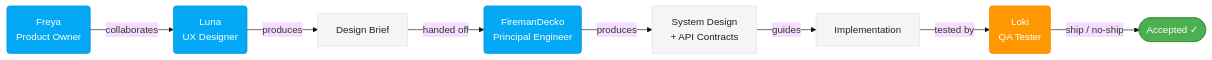
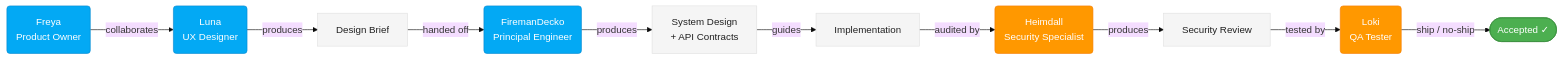
Before and after one commit to declanshanaghy/fenrir-ledger: the diagram in README.md, drawn with Mermaid (base theme). The commit also changed other lines of this file and 3 other files, not shown here.

First line of the commit message:
qa: validate security remediations — verdict FIX REQUIRED (DEF-SEC-001)

````diff
--- a/README.md
+++ b/README.md
@@ -79,37 +80,43 @@
 ```mermaid
 graph LR
     classDef primary fill:#03A9F4,stroke:#0288D1,color:#FFF
     classDef healthy fill:#4CAF50,stroke:#388E3C,color:#FFF
     classDef warning fill:#FF9800,stroke:#F57C00,color:#FFF
     classDef neutral fill:#F5F5F5,stroke:#E0E0E0,color:#212121
 
     %% Roles
     po(Freya<br/>Product Owner)
     ux(Luna<br/>UX Designer)
     eng(FiremanDecko<br/>Principal Engineer)
+    sec(Heimdall<br/>Security Specialist)
     qa(Loki<br/>QA Tester)
 
     %% Artifacts
     brief[Design Brief]
     sysdesign[System Design<br/>+ API Contracts]
     impl[Implementation]
+    review[Security Review]
     ship([Accepted ✓])
 
     %% Pipeline
     po -->|collaborates| ux
     ux -->|produces| brief
     brief -->|handed off| eng
     eng -->|produces| sysdesign
     sysdesign -->|guides| impl
-    impl -->|tested by| qa
+    impl -->|audited by| sec
+    sec -->|produces| review
+    review -->|tested by| qa
     qa -->|ship / no-ship| ship
 
     class po primary
     class ux primary
     class eng primary
+    class sec warning
     class qa warning
     class brief neutral
     class sysdesign neutral
     class impl neutral
+    class review neutral
     class ship healthy
 ```
````
